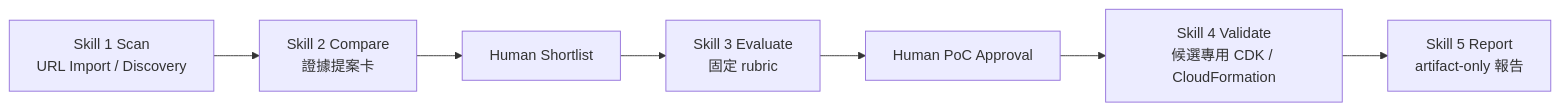
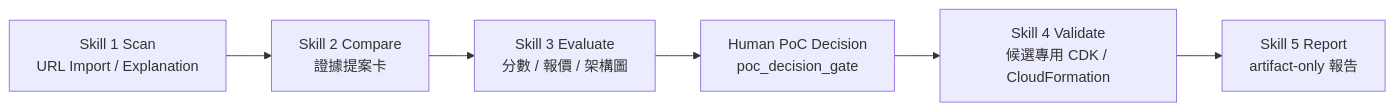
Before and after one commit to gt52bts-dotcom/internship-tech-radar: the diagram in README.md, drawn with Mermaid. The commit also changed other lines of this file and 5 other files, not shown here.

````diff
--- a/README.md
+++ b/README.md
@@ -19,9 +19,9 @@
 ```mermaid
 flowchart LR
-    A["Skill 1 Scan<br/>URL Import / Discovery"] --> B["Skill 2 Compare<br/>證據提案卡"]
-    B --> C["Human Shortlist"]
-    C --> D["Skill 3 Evaluate<br/>固定 rubric"]
-    D --> E["Human PoC Approval"]
-    E --> F["Skill 4 Validate<br/>候選專用 CDK / CloudFormation"]
-    F --> G["Skill 5 Report<br/>artifact-only 報告"]
+    A["Skill 1 Scan<br/>URL Import / Explanation"]
+    A --> B["Skill 2 Compare<br/>證據提案卡"]
+    B --> C["Skill 3 Evaluate<br/>分數 / 報價 / 架構圖"]
+    C --> D["Human PoC Decision<br/>poc_decision_gate"]
+    D --> E["Skill 4 Validate<br/>候選專用 CDK / CloudFormation"]
+    E --> F["Skill 5 Report<br/>artifact-only 報告"]
 ```
````
